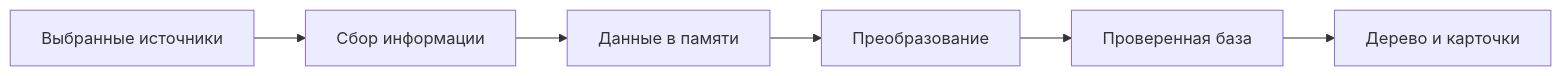
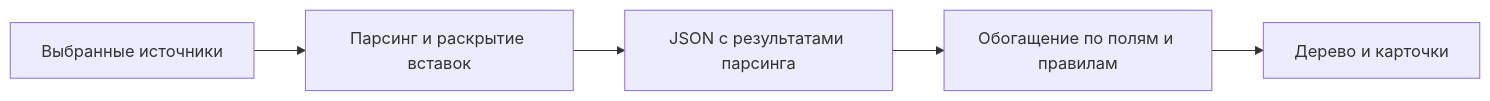
The diagram in WEB_STTV/Docs/CONCEPT_RU.md (RUSBAR-ITS/RBG_Stellaris_Mods), drawn with Mermaid before and after one commit. The commit also changed other lines of this file and 101 other files, not shown here.

````diff
--- a/WEB_STTV/Docs/CONCEPT_RU.md
+++ b/WEB_STTV/Docs/CONCEPT_RU.md
@@ -51,8 +53,7 @@
 ```mermaid
 flowchart LR
-    sources[Выбранные источники] --> collect[Сбор информации]
-    collect --> raw[Данные в памяти]
-    raw --> transform[Преобразование]
-    transform --> database[Проверенная база]
-    database --> view[Дерево и карточки]
+    sources[Выбранные источники] --> parse[Парсинг и раскрытие вставок]
+    parse --> database[JSON с результатами парсинга]
+    database --> enrich[Обогащение по полям и правилам]
+    enrich --> view[Дерево и карточки]
 ```
````
